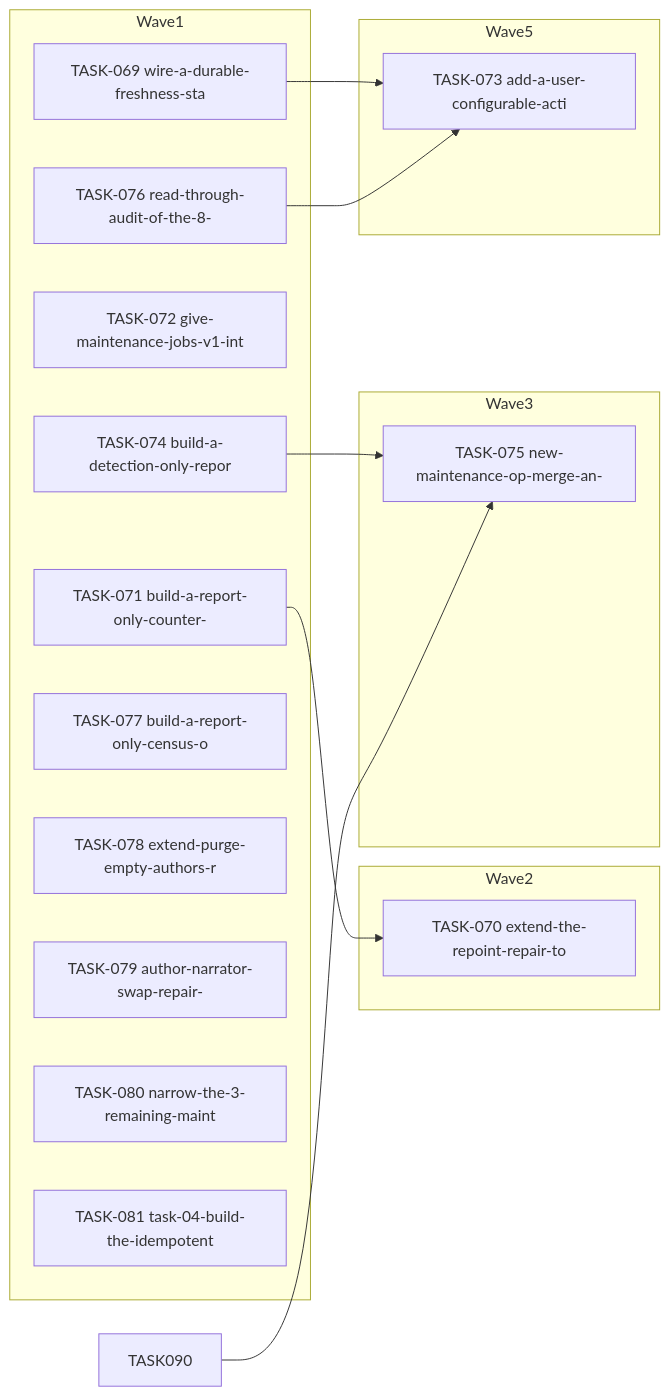
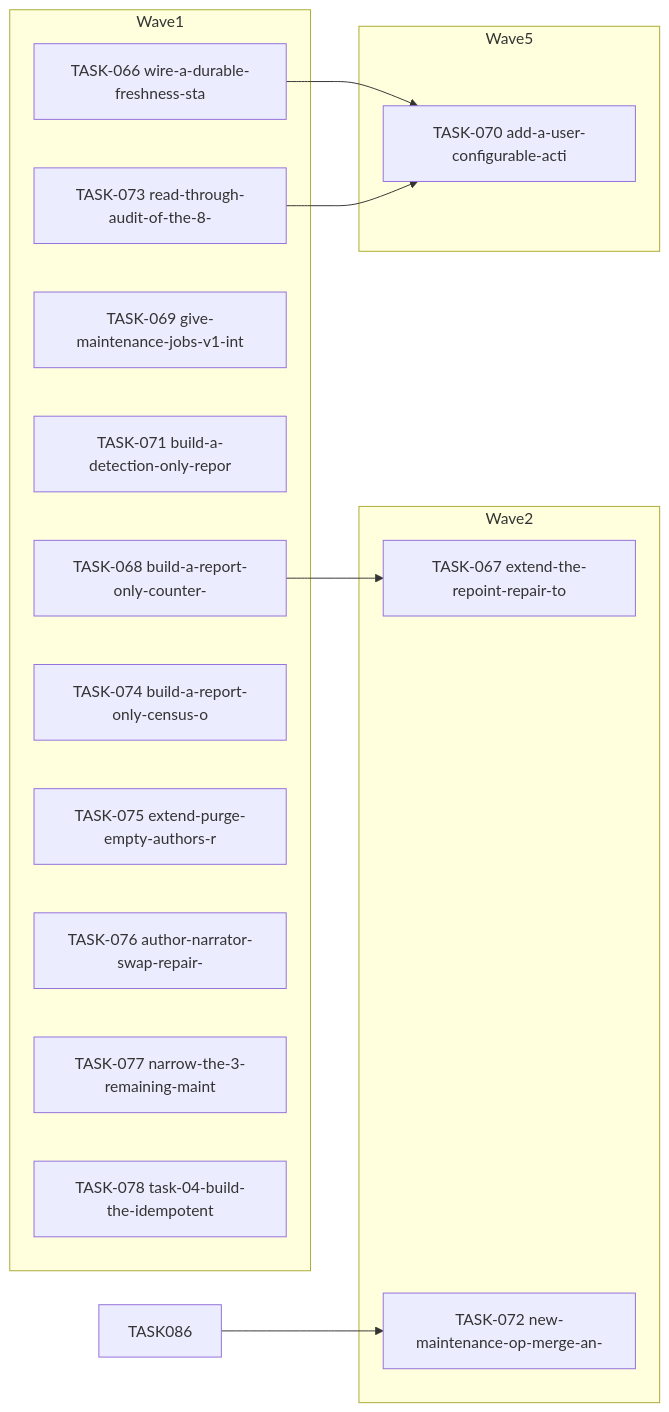
Before and after one commit to falkcorp/audiobook-organizer: the diagram in docs/agent-tasks/todo-completion/maintenance/orchestration.md, drawn with Mermaid. The commit also changed other lines of this file and 406 other files, not shown here.

````diff
--- a/docs/agent-tasks/todo-completion/maintenance/orchestration.md
+++ b/docs/agent-tasks/todo-completion/maintenance/orchestration.md
@@ -12,29 +12,26 @@
 ```mermaid
 flowchart LR
     subgraph Wave1
-      TASK069[TASK-069 wire-a-durable-freshness-sta]
-      TASK071[TASK-071 build-a-report-only-counter-]
-      TASK072[TASK-072 give-maintenance-jobs-v1-int]
-      TASK074[TASK-074 build-a-detection-only-repor]
-      TASK076[TASK-076 read-through-audit-of-the-8-]
-      TASK077[TASK-077 build-a-report-only-census-o]
-      TASK078[TASK-078 extend-purge-empty-authors-r]
-      TASK079[TASK-079 author-narrator-swap-repair-]
-      TASK080[TASK-080 narrow-the-3-remaining-maint]
-      TASK081[TASK-081 task-04-build-the-idempotent]
+      TASK066[TASK-066 wire-a-durable-freshness-sta]
+      TASK068[TASK-068 build-a-report-only-counter-]
+      TASK069[TASK-069 give-maintenance-jobs-v1-int]
+      TASK071[TASK-071 build-a-detection-only-repor]
+      TASK073[TASK-073 read-through-audit-of-the-8-]
+      TASK074[TASK-074 build-a-report-only-census-o]
+      TASK075[TASK-075 extend-purge-empty-authors-r]
+      TASK076[TASK-076 author-narrator-swap-repair-]
+      TASK077[TASK-077 narrow-the-3-remaining-maint]
+      TASK078[TASK-078 task-04-build-the-idempotent]
     end
     subgraph Wave2
-      TASK070[TASK-070 extend-the-repoint-repair-to]
-    end
-    subgraph Wave3
-      TASK075[TASK-075 new-maintenance-op-merge-an-]
+      TASK067[TASK-067 extend-the-repoint-repair-to]
+      TASK072[TASK-072 new-maintenance-op-merge-an-]
     end
     subgraph Wave5
-      TASK073[TASK-073 add-a-user-configurable-acti]
+      TASK070[TASK-070 add-a-user-configurable-acti]
     end
-    TASK069 --> TASK073
-    TASK071 --> TASK070
-    TASK074 --> TASK075
-    TASK076 --> TASK073
-    TASK090 --> TASK075
+    TASK066 --> TASK070
+    TASK068 --> TASK067
+    TASK073 --> TASK070
+    TASK086 --> TASK072
 ```
````
